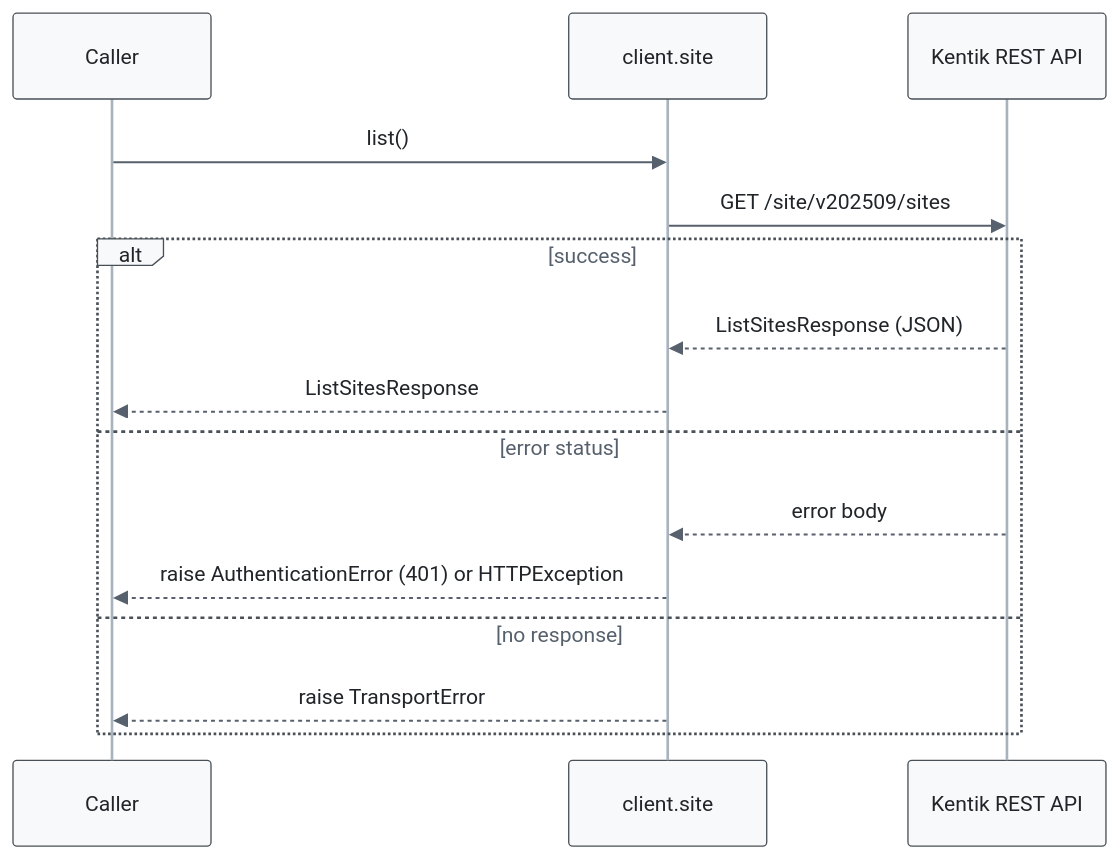
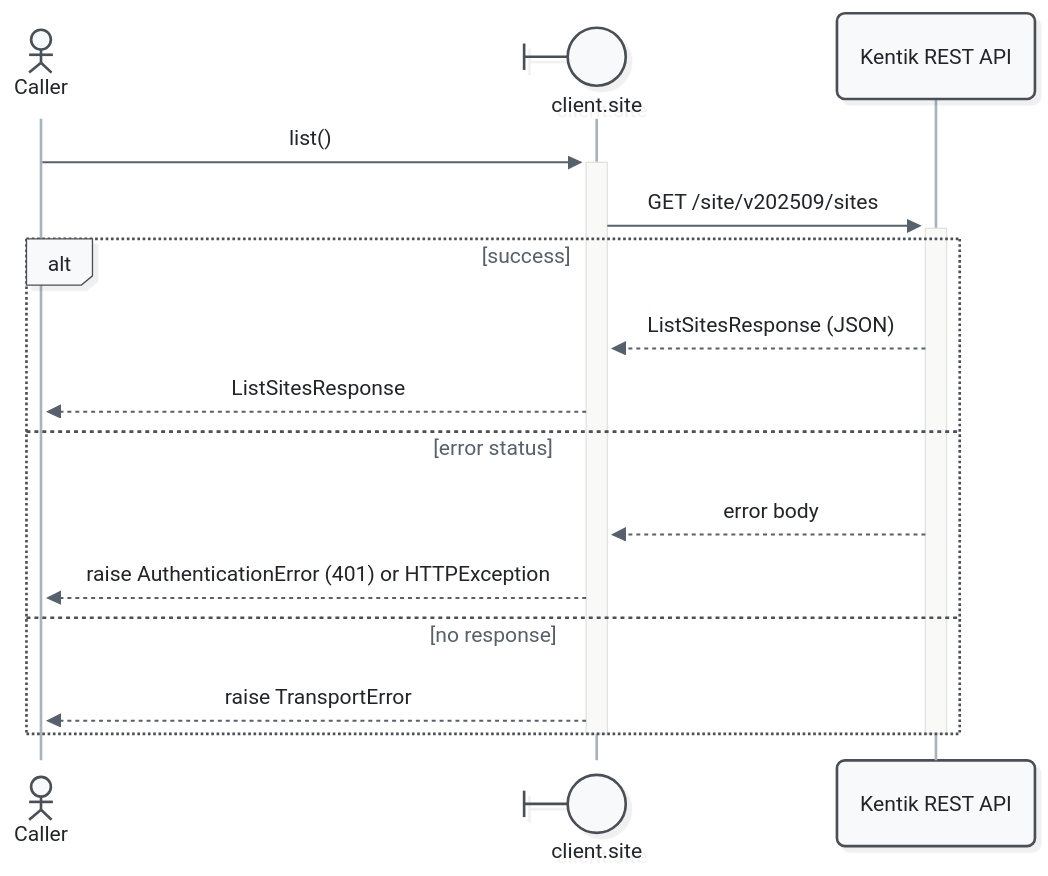
Diagram 11 of 21 in docs/sphinx/services/site.md (alexdearaujo/community_sdk_python), drawn with Mermaid before and after one commit. The commit also changed other lines of this file and 52 other files, not shown here.

First line of the commit message:
docs: Mermaid 12 sequence diagrams with participant types and path colors

````diff
--- a/docs/sphinx/services/site.md
+++ b/docs/sphinx/services/site.md
@@ -419,19 +444,21 @@
 ```mermaid
-%%{init: {"theme": "base", "fontFamily": "ui-monospace, SFMono-Regular, Menlo, monospace", "themeVariables": {"fontFamily": "ui-monospace, SFMono-Regular, Menlo, monospace", "primaryColor": "#f8f9fa", "primaryBorderColor": "#495057", "primaryTextColor": "#212529", "textColor": "#212529", "lineColor": "#77818c", "edgeLabelBackground": "#ffffff", "actorBkg": "#f8f9fa", "actorBorder": "#495057", "actorTextColor": "#212529", "actorLineColor": "#a9b3be", "signalColor": "#57616d", "signalTextColor": "#212529", "labelBoxBkgColor": "#f8f9fa", "labelBoxBorderColor": "#495057", "labelTextColor": "#212529", "loopTextColor": "#57616d", "noteBkgColor": "#fff9db", "noteBorderColor": "#f08c00", "noteTextColor": "#a35a00"}, "flowchart": {"curve": "step", "nodeSpacing": 30, "rankSpacing": 70, "wrappingWidth": 400}}}%%
+%%{init: {"theme": "redux", "look": "neo", "layout": "dagre", "fontFamily": "ui-monospace, SFMono-Regular, Menlo, monospace", "themeVariables": {"fontFamily": "ui-monospace, SFMono-Regular, Menlo, monospace", "primaryColor": "#f8f9fa", "primaryBorderColor": "#495057", "primaryTextColor": "#212529", "textColor": "#212529", "lineColor": "#77818c", "edgeLabelBackground": "#ffffff", "actorBkg": "#f8f9fa", "actorBorder": "#495057", "actorTextColor": "#212529", "actorLineColor": "#a9b3be", "signalColor": "#57616d", "signalTextColor": "#212529", "labelBoxBkgColor": "#f8f9fa", "labelBoxBorderColor": "#495057", "labelTextColor": "#212529", "loopTextColor": "#57616d", "noteBkgColor": "#fff9db", "noteBorderColor": "#f08c00", "noteTextColor": "#a35a00"}, "sequence": {"activationWidth": 16}, "flowchart": {"curve": "step", "nodeSpacing": 30, "rankSpacing": 70, "wrappingWidth": 400}}}%%
 sequenceDiagram
-    participant C as Caller
-    participant W as client.site
+    actor C as Caller
+    participant W@{ "type": "boundary" } as client.site
     participant API as Kentik REST API
 
-    C->>W: list()
-    W->>API: GET /site/v202509/sites
+    C->>+W: list()
+    W->>+API: GET /site/v202509/sites
     alt success
         API-->>W: ListSitesResponse (JSON)
         W-->>C: ListSitesResponse
     else error status
         API-->>W: error body
         W-->>C: raise AuthenticationError (401) or HTTPException
     else no response
         W-->>C: raise TransportError
     end
+    deactivate API
+    deactivate W
 ```
````
